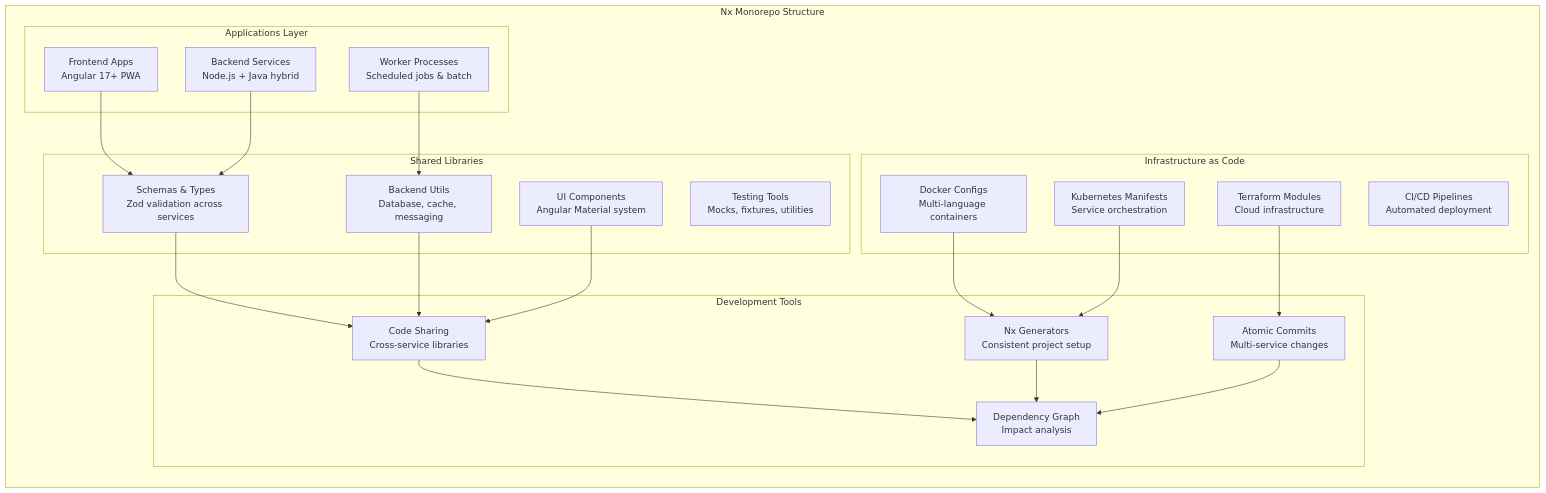
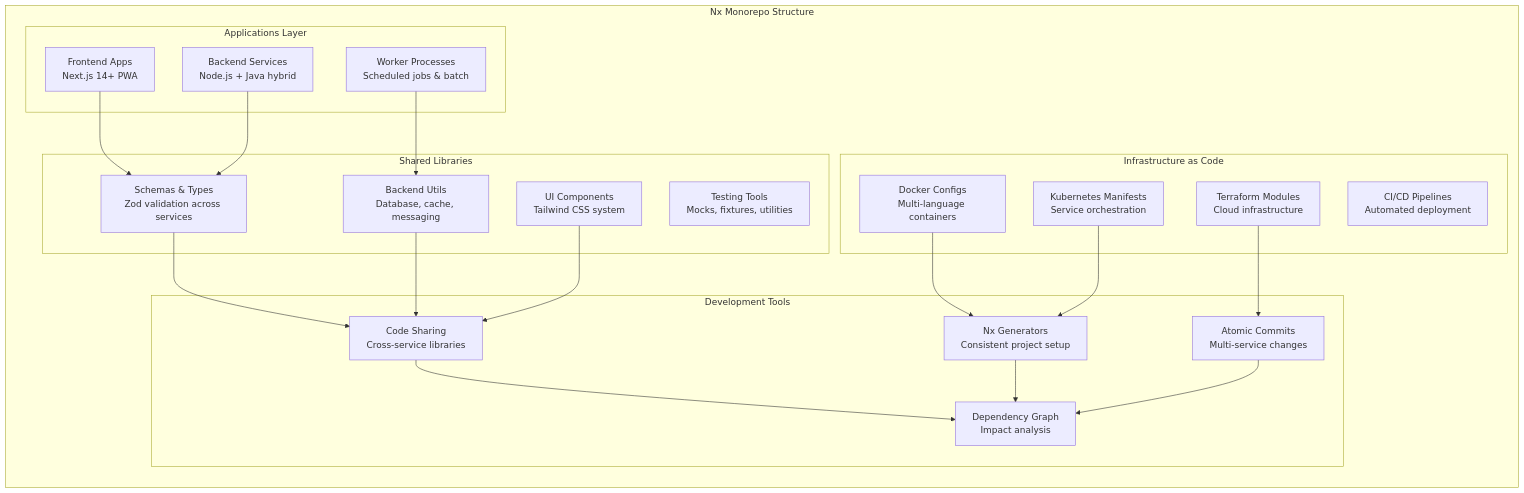
Before and after one commit to red2n/modern-reservation: the third of 38 diagrams in docs/product-requirements-document.md, drawn with Mermaid. The commit also changed other lines of this file and 8 other files, not shown here.

Commit message:
feat: implement React component library with Tailwind CSS for Modern Reservation System

````diff
--- a/docs/product-requirements-document.md
+++ b/docs/product-requirements-document.md
@@ -243,49 +244,49 @@
 ```mermaid
 graph TB
     subgraph "Nx Monorepo Structure"
         direction TB
 
         subgraph "Applications Layer"
-            A1[Frontend Apps<br/>Angular 17+ PWA]
+            A1[Frontend Apps<br/>Next.js 14+ PWA]
             A2[Backend Services<br/>Node.js + Java hybrid]
             A3[Worker Processes<br/>Scheduled jobs & batch]
         end
 
         subgraph "Shared Libraries"
             L1[Schemas & Types<br/>Zod validation across services]
-            L2[UI Components<br/>Angular Material system]
+            L2[UI Components<br/>Tailwind CSS system]
             L3[Backend Utils<br/>Database, cache, messaging]
             L4[Testing Tools<br/>Mocks, fixtures, utilities]
         end
 
         subgraph "Infrastructure as Code"
             I1[Docker Configs<br/>Multi-language containers]
             I2[Kubernetes Manifests<br/>Service orchestration]
             I3[Terraform Modules<br/>Cloud infrastructure]
             I4[CI/CD Pipelines<br/>Automated deployment]
         end
 
         subgraph "Development Tools"
             T1[Nx Generators<br/>Consistent project setup]
             T2[Code Sharing<br/>Cross-service libraries]
             T3[Dependency Graph<br/>Impact analysis]
             T4[Atomic Commits<br/>Multi-service changes]
         end
     end
 
     A1 --> L1
     A2 --> L1
     A3 --> L3
 
     L1 --> T2
     L2 --> T2
     L3 --> T2
 
     I1 --> T1
     I2 --> T1
     I3 --> T4
 
     T1 --> T3
     T2 --> T3
     T4 --> T3
 ```
````
